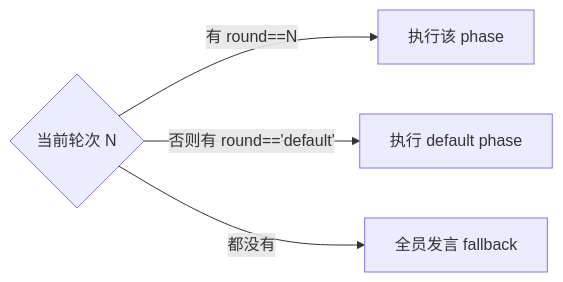
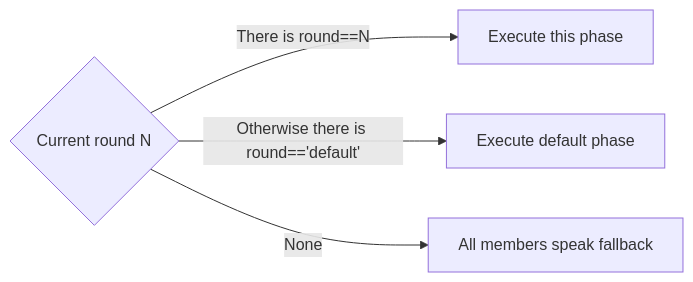
One commit to AndyUneducated/alchemy changed the third of 13 diagrams in play/agent_engine/JOURNAL.md. Above: the diagram before and after it, drawn with Mermaid. The commit also changed other lines of this file and 197 other files, not shown here.

````diff
--- a/play/agent_engine/JOURNAL.md
+++ b/play/agent_engine/JOURNAL.md
@@ -110,6 +110,6 @@
 ```mermaid
 flowchart LR
-    R{当前轮次 N} -->|有 round==N| A[执行该 phase]
-    R -->|否则有 round=='default'| B[执行 default phase]
-    R -->|都没有| C[全员发言 fallback]
+R{Current round N} -->|There is round==N| A[Execute this phase]
+R -->|Otherwise there is round=='default'| B[Execute default phase]
+R -->|None| C[All members speak fallback]
 ```
````
